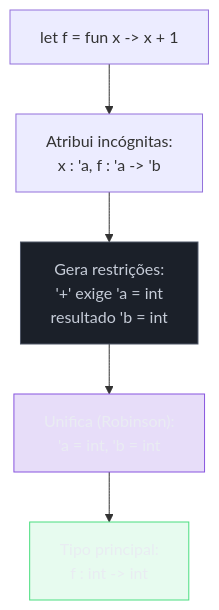
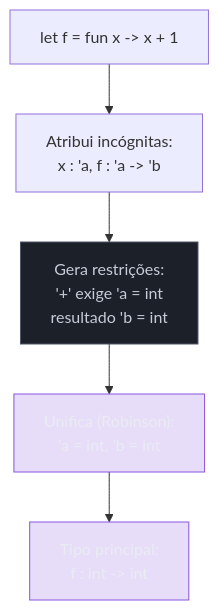
Before and after one commit to josenaldo/codex-technomanticus: the third of 5 diagrams in 03-Dominios/Ciência/Paradigmas/13 - Sistemas de tipos.md, drawn with Mermaid. The commit also changed other lines of this file and 601 other files, not shown here.

````diff
--- a/03-Dominios/Ciência/Paradigmas/13 - Sistemas de tipos.md
+++ b/03-Dominios/Ciência/Paradigmas/13 - Sistemas de tipos.md
@@ -147,13 +148,12 @@
 ```mermaid
 flowchart TB
     classDef neutro fill:#1B2029,stroke:#4E5666,color:#C6CCD8
     classDef marca fill:#8855DF33,stroke:#8855DF,color:#E9ECF2
-    classDef ok fill:#4ADE8021,stroke:#4ADE80,color:#E9ECF2
     A["let f = fun x -> x + 1"] --> B["Atribui incógnitas:<br/>x : 'a, f : 'a -> 'b"]
     B --> C["Gera restrições:<br/>'+' exige 'a = int<br/>resultado 'b = int"]
     C --> D["Unifica (Robinson):<br/>'a = int, 'b = int"]
     D --> E["Tipo principal:<br/>f : int -> int"]
     class C neutro
     class D marca
-    class E ok
+    class E marca
 ```
````
